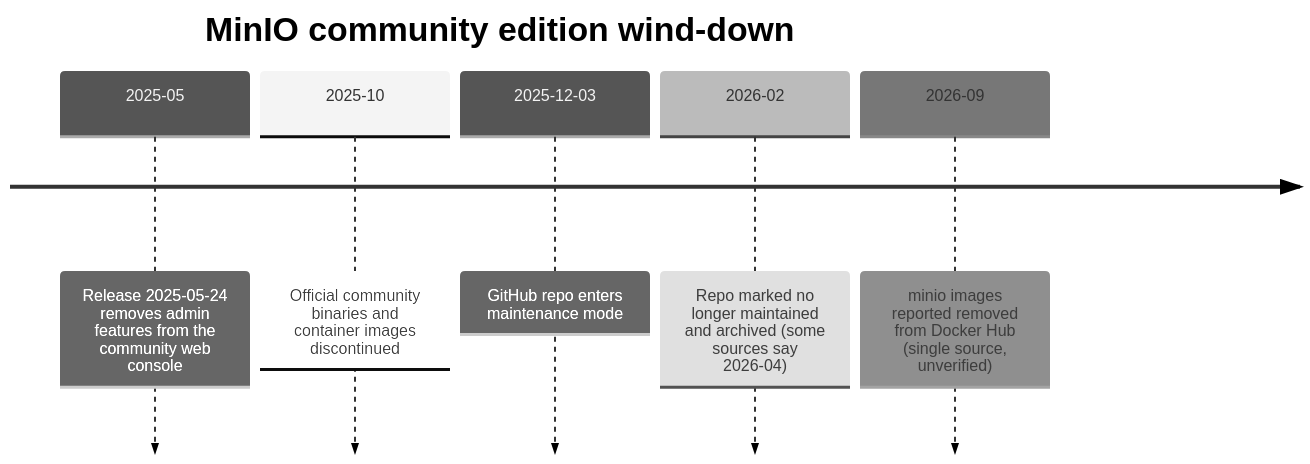
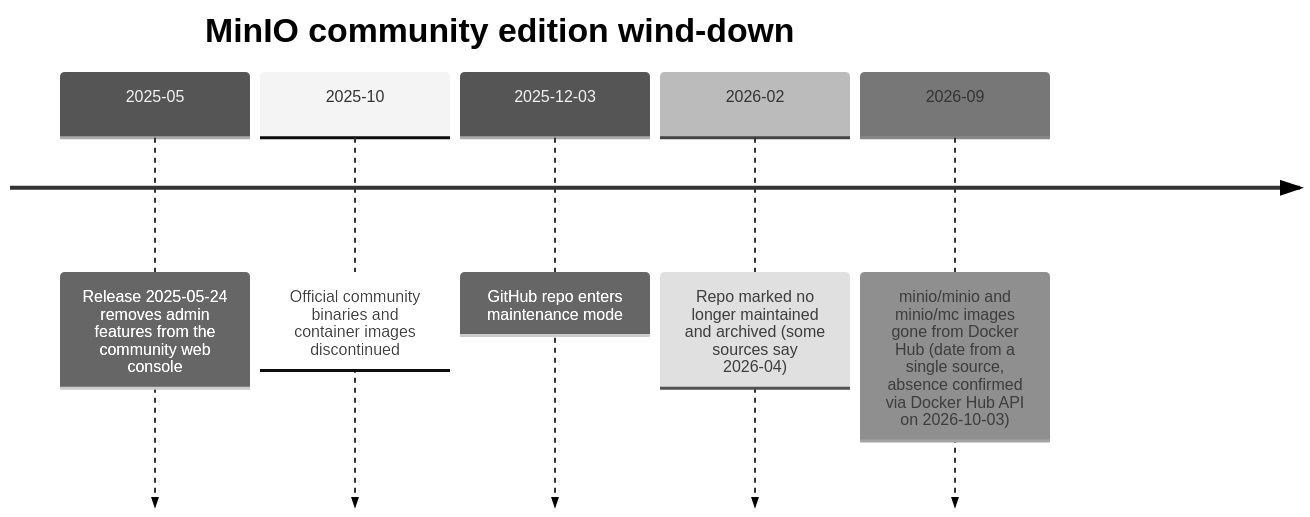
One commit to 0-draft/s3-atlas changed the fifth of 10 diagrams in docs/en/09-competitors.md. Above: the diagram before and after it, drawn with Mermaid (neutral theme). The commit also changed other lines of this file and 2 other files, not shown here.

````diff
--- a/docs/en/09-competitors.md
+++ b/docs/en/09-competitors.md
@@ -291,9 +292,9 @@
 ```mermaid
 timeline
     title MinIO community edition wind-down
     2025-05 : Release 2025-05-24 removes admin features from the community web console
     2025-10 : Official community binaries and container images discontinued
     2025-12-03 : GitHub repo enters maintenance mode
     2026-02 : Repo marked no longer maintained and archived (some sources say 2026-04)
-    2026-09 : minio images reported removed from Docker Hub (single source, unverified)
+    2026-09 : minio/minio and minio/mc images gone from Docker Hub (date from a single source, absence confirmed via Docker Hub API on 2026-10-03)
 ```
````
